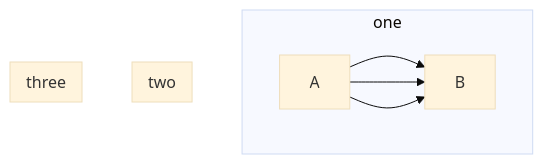
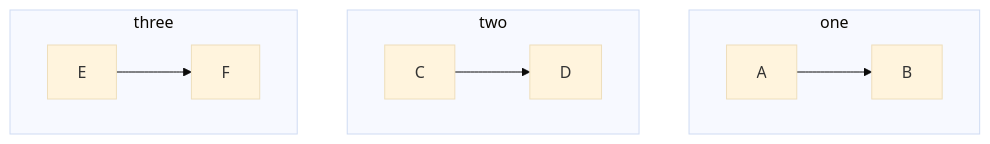
One commit to brolonium210/ENGR101_MD changed the diagram in project01FlowchartCore.md. Above: the diagram before and after it, drawn with Mermaid (base theme).

````diff
--- a/project01FlowchartCore.md
+++ b/project01FlowchartCore.md
@@ -1,13 +1,13 @@
 ```mermaid
 
 flowchart TB
 subgraph one 
 A-->B
 end
 subgraph two 
-A-->B
+C-->D
 end
 subgraph three 
-A-->B
+E-->F
 end    
 ```
````
